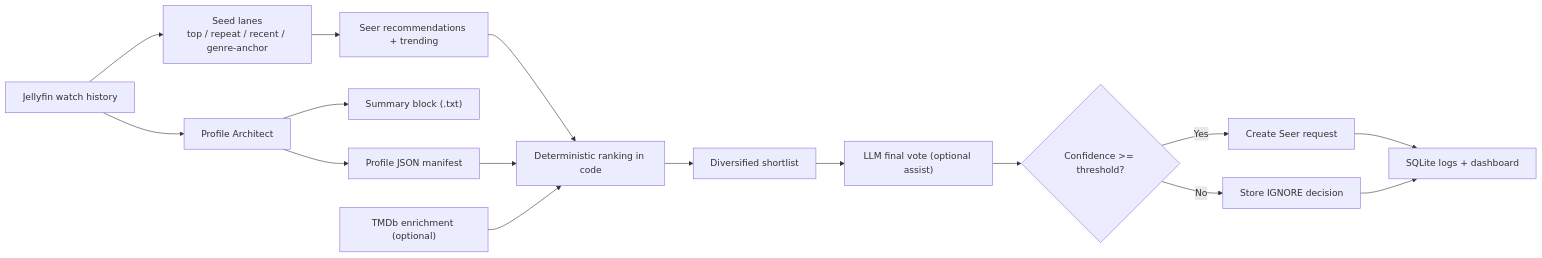
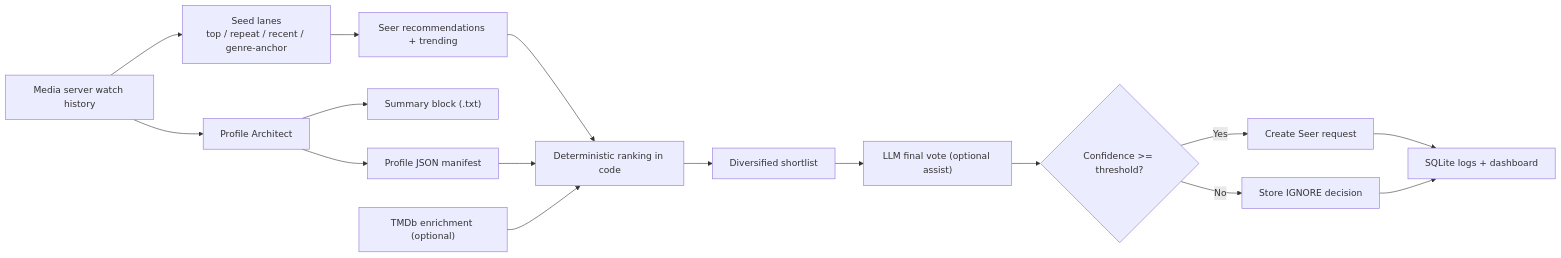
The diagram in README.md (sparksbenjamin/Vanguarr), drawn with Mermaid before and after one commit. The commit also changed other lines of this file and 24 other files, not shown here.

Commit message:
feat: add live runtime settings and plex media server support

````diff
--- a/README.md
+++ b/README.md
@@ -52,18 +52,18 @@
 ```mermaid
 flowchart LR
-    A["Jellyfin watch history"] --> B["Profile Architect"]
+    A["Media server watch history"] --> B["Profile Architect"]
     B --> C["Profile JSON manifest"]
     B --> D["Summary block (.txt)"]
     A --> E["Seed lanes<br/>top / repeat / recent / genre-anchor"]
     E --> F["Seer recommendations + trending"]
     F --> G["Deterministic ranking in code"]
     C --> G
     H["TMDb enrichment (optional)"] --> G
     G --> I["Diversified shortlist"]
     I --> J["LLM final vote (optional assist)"]
     J --> K{"Confidence >= threshold?"}
     K -->|Yes| L["Create Seer request"]
     K -->|No| M["Store IGNORE decision"]
     L --> N["SQLite logs + dashboard"]
     M --> N
 ```
````
